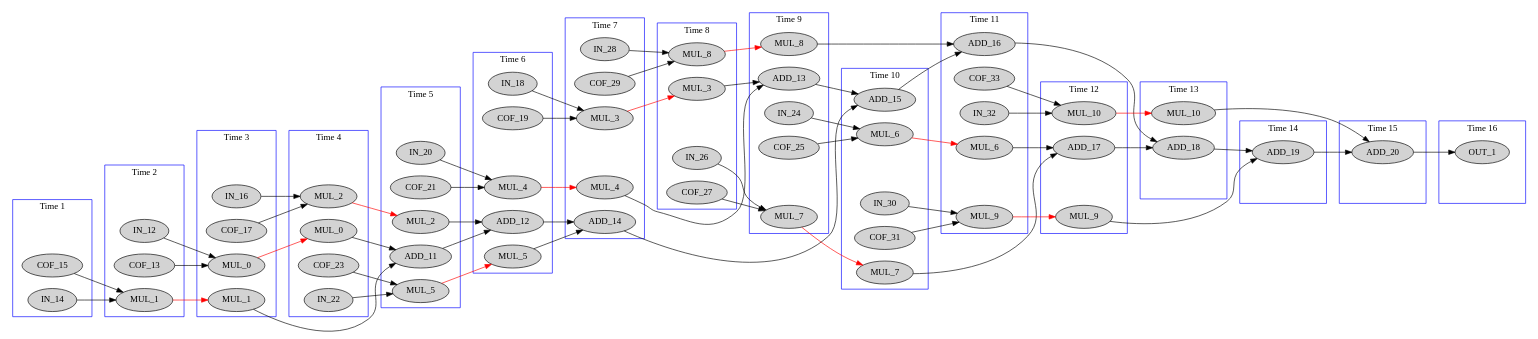
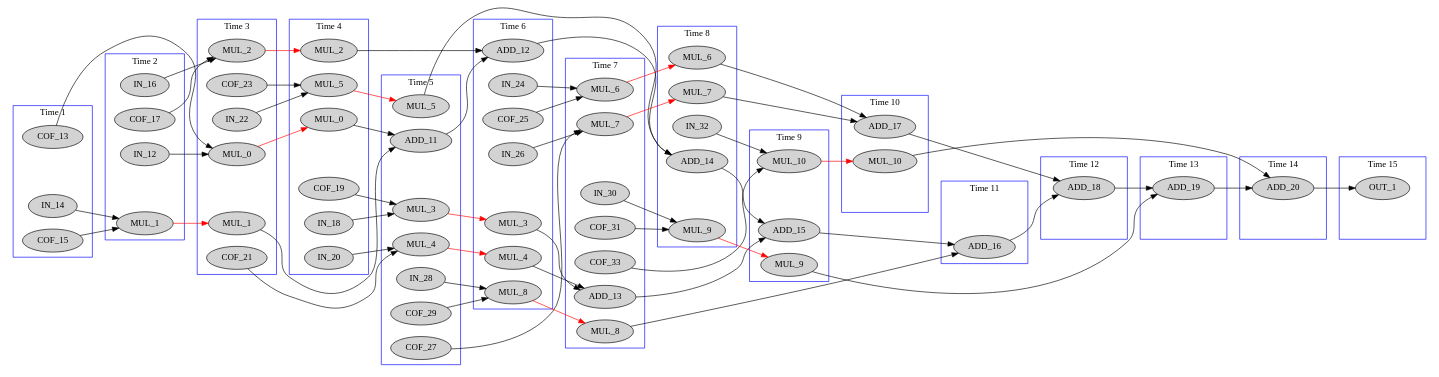
The diagram in data/out/contest/testcontest2.dot (Luca-Dalmasso/HLS-Project), drawn with Graphviz before and after one commit. The commit also changed 2 other files, not shown here.

```diff
--- a/data/out/contest/testcontest2.dot
+++ b/data/out/contest/testcontest2.dot
@@ -7,6 +7,7 @@
     label = "Time 1";
     color = blue;
     pseudo_1 [style=invis];
+    COF_13
     IN_14
     COF_15
   }
@@ -18,7 +19,8 @@
     pseudo_2 [style=invis];
     MUL_1_0 [label=MUL_1]
     IN_12
-    COF_13
+    IN_16
+    COF_17
   }
   subgraph cluster_3 {
     rank=same;
@@ -28,8 +30,10 @@
     pseudo_3 [style=invis];
     MUL_0_0 [label=MUL_0]
     MUL_1_1 [label=MUL_1]
-    IN_16
-    COF_17
+    MUL_2_0 [label=MUL_2]
+    COF_21
+    IN_22
+    COF_23
   }
   subgraph cluster_4 {
     rank=same;
@@ -38,9 +42,11 @@
     color = blue;
     pseudo_4 [style=invis];
     MUL_0_1 [label=MUL_0]
-    MUL_2_0 [label=MUL_2]
-    IN_22
-    COF_23
+    MUL_2_1 [label=MUL_2]
+    MUL_5_0 [label=MUL_5]
+    IN_18
+    COF_19
+    IN_20
   }
   subgraph cluster_5 {
     rank=same;
@@ -48,11 +54,13 @@
     label = "Time 5";
     color = blue;
     pseudo_5 [style=invis];
-    MUL_2_1 [label=MUL_2]
-    MUL_5_0 [label=MUL_5]
+    MUL_3_0 [label=MUL_3]
+    MUL_4_0 [label=MUL_4]
+    MUL_5_1 [label=MUL_5]
     ADD_11
-    IN_20
-    COF_21
+    COF_27
+    IN_28
+    COF_29
   }
   subgraph cluster_6 {
     rank=same;
@@ -60,11 +68,13 @@
     label = "Time 6";
     color = blue;
     pseudo_6 [style=invis];
-    MUL_4_0 [label=MUL_4]
-    MUL_5_1 [label=MUL_5]
+    MUL_3_1 [label=MUL_3]
+    MUL_4_1 [label=MUL_4]
+    MUL_8_0 [label=MUL_8]
     ADD_12
-    IN_18
-    COF_19
+    IN_24
+    COF_25
+    IN_26
   }
   subgraph cluster_7 {
     rank=same;
@@ -72,11 +82,13 @@
     label = "Time 7";
     color = blue;
     pseudo_7 [style=invis];
-    MUL_3_0 [label=MUL_3]
-    MUL_4_1 [label=MUL_4]
-    ADD_14
-    IN_28
-    COF_29
+    MUL_6_0 [label=MUL_6]
+    MUL_7_0 [label=MUL_7]
+    MUL_8_1 [label=MUL_8]
+    ADD_13
+    IN_30
+    COF_31
+    COF_33
   }
   subgraph cluster_8 {
     rank=same;
@@ -84,10 +96,11 @@
     label = "Time 8";
     color = blue;
     pseudo_8 [style=invis];
-    MUL_3_1 [label=MUL_3]
-    MUL_8_0 [label=MUL_8]
-    IN_26
-    COF_27
+    MUL_6_1 [label=MUL_6]
+    MUL_7_1 [label=MUL_7]
+    MUL_9_0 [label=MUL_9]
+    ADD_14
+    IN_32
   }
   subgraph cluster_9 {
     rank=same;
@@ -95,11 +108,9 @@
     label = "Time 9";
     color = blue;
     pseudo_9 [style=invis];
-    MUL_7_0 [label=MUL_7]
-    MUL_8_1 [label=MUL_8]
-    ADD_13
-    IN_24
-    COF_25
+    MUL_9_1 [label=MUL_9]
+    MUL_10_0 [label=MUL_10]
+    ADD_15
   }
   subgraph cluster_10 {
     rank=same;
@@ -107,11 +118,8 @@
     label = "Time 10";
     color = blue;
     pseudo_10 [style=invis];
-    MUL_6_0 [label=MUL_6]
-    MUL_7_1 [label=MUL_7]
-    ADD_15
-    IN_30
-    COF_31
+    MUL_10_1 [label=MUL_10]
+    ADD_17
   }
   subgraph cluster_11 {
     rank=same;
@@ -119,11 +127,7 @@
     label = "Time 11";
     color = blue;
     pseudo_11 [style=invis];
-    MUL_6_1 [label=MUL_6]
-    MUL_9_0 [label=MUL_9]
     ADD_16
-    IN_32
-    COF_33
   }
   subgraph cluster_12 {
     rank=same;
@@ -131,9 +135,7 @@
     label = "Time 12";
     color = blue;
     pseudo_12 [style=invis];
-    MUL_9_1 [label=MUL_9]
-    MUL_10_0 [label=MUL_10]
-    ADD_17
+    ADD_18
   }
   subgraph cluster_13 {
     rank=same;
@@ -141,8 +143,7 @@
     label = "Time 13";
     color = blue;
     pseudo_13 [style=invis];
-    MUL_10_1 [label=MUL_10]
-    ADD_18
+    ADD_19
   }
   subgraph cluster_14 {
     rank=same;
@@ -150,7 +151,7 @@
     label = "Time 14";
     color = blue;
     pseudo_14 [style=invis];
-    ADD_19
+    ADD_20
   }
   subgraph cluster_15 {
     rank=same;
@@ -158,14 +159,6 @@
     label = "Time 15";
     color = blue;
     pseudo_15 [style=invis];
-    ADD_20
-  }
-  subgraph cluster_16 {
-    rank=same;
-    node [style=filled];
-    label = "Time 16";
-    color = blue;
-    pseudo_16 [style=invis];
     OUT_1
   }
     pseudo_1->pseudo_2 [style=invis];
@@ -182,7 +175,6 @@
     pseudo_12->pseudo_13 [style=invis];
     pseudo_13->pseudo_14 [style=invis];
     pseudo_14->pseudo_15 [style=invis];
-    pseudo_15->pseudo_16 [style=invis];
     MUL_0_0 -> MUL_0_1 [color=red];
     MUL_1_0 -> MUL_1_1 [color=red];
     MUL_2_0 -> MUL_2_1 [color=red];
```
